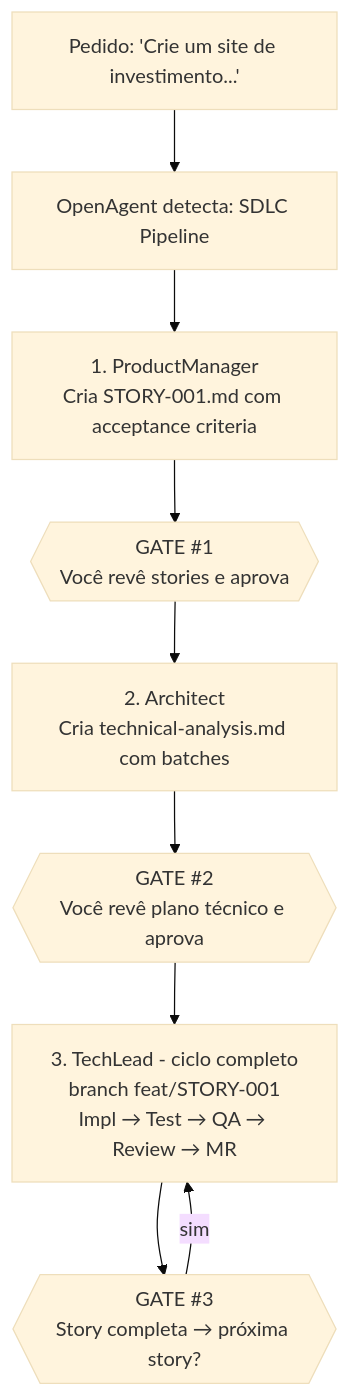
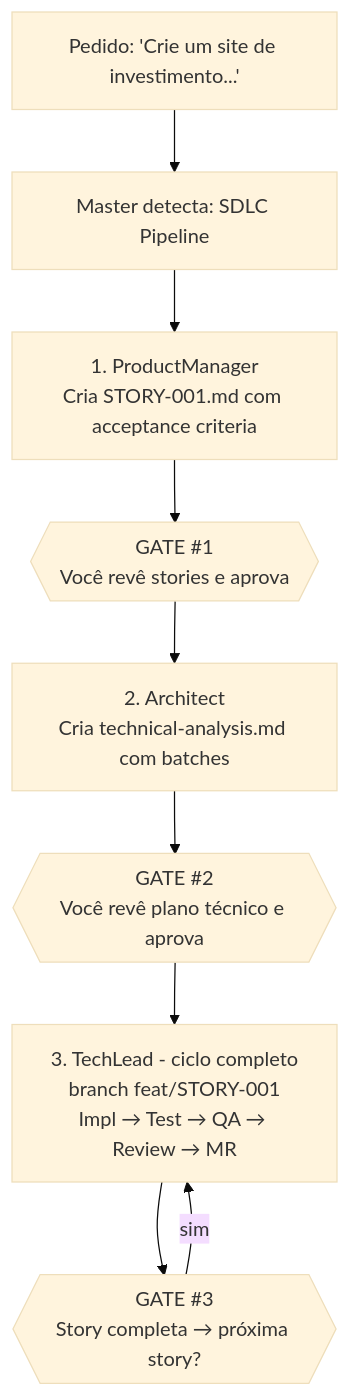
One commit to dgofreitas/opencode-workflow changed the second of 9 diagrams in USAGE_GUIDE.md. Above: the diagram before and after it, drawn with Mermaid (base theme). The commit also changed other lines of this file and 28 other files, not shown here.

````diff
--- a/USAGE_GUIDE.md
+++ b/USAGE_GUIDE.md
@@ -75,11 +51,11 @@
 ```mermaid
 graph TD
-    Start["Pedido: 'Crie um site de investimento...'"] --> Detect["OpenAgent detecta: SDLC Pipeline"]
+    Start["Pedido: 'Crie um site de investimento...'"] --> Detect["Master detecta: SDLC Pipeline"]
     Detect --> PM["1. ProductManager<br/>Cria STORY-001.md com acceptance criteria"]
     PM --> G1{{"GATE #1<br/>Você revê stories e aprova"}}
     G1 --> Arch["2. Architect<br/>Cria technical-analysis.md com batches"]
     Arch --> G2{{"GATE #2<br/>Você revê plano técnico e aprova"}}
     G2 --> TL["3. TechLead - ciclo completo<br/>branch feat/STORY-001<br/>Impl → Test → QA → Review → MR"]
     TL --> G3{{"GATE #3<br/>Story completa → próxima story?"}}
     G3 -->|"sim"| TL
 ```
````
